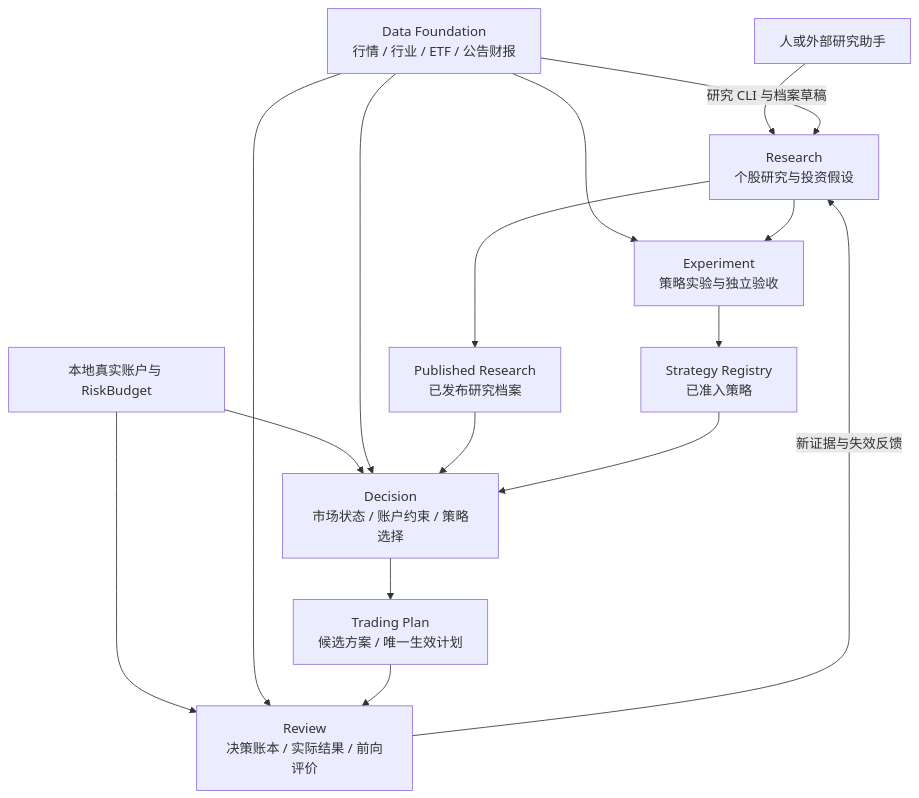
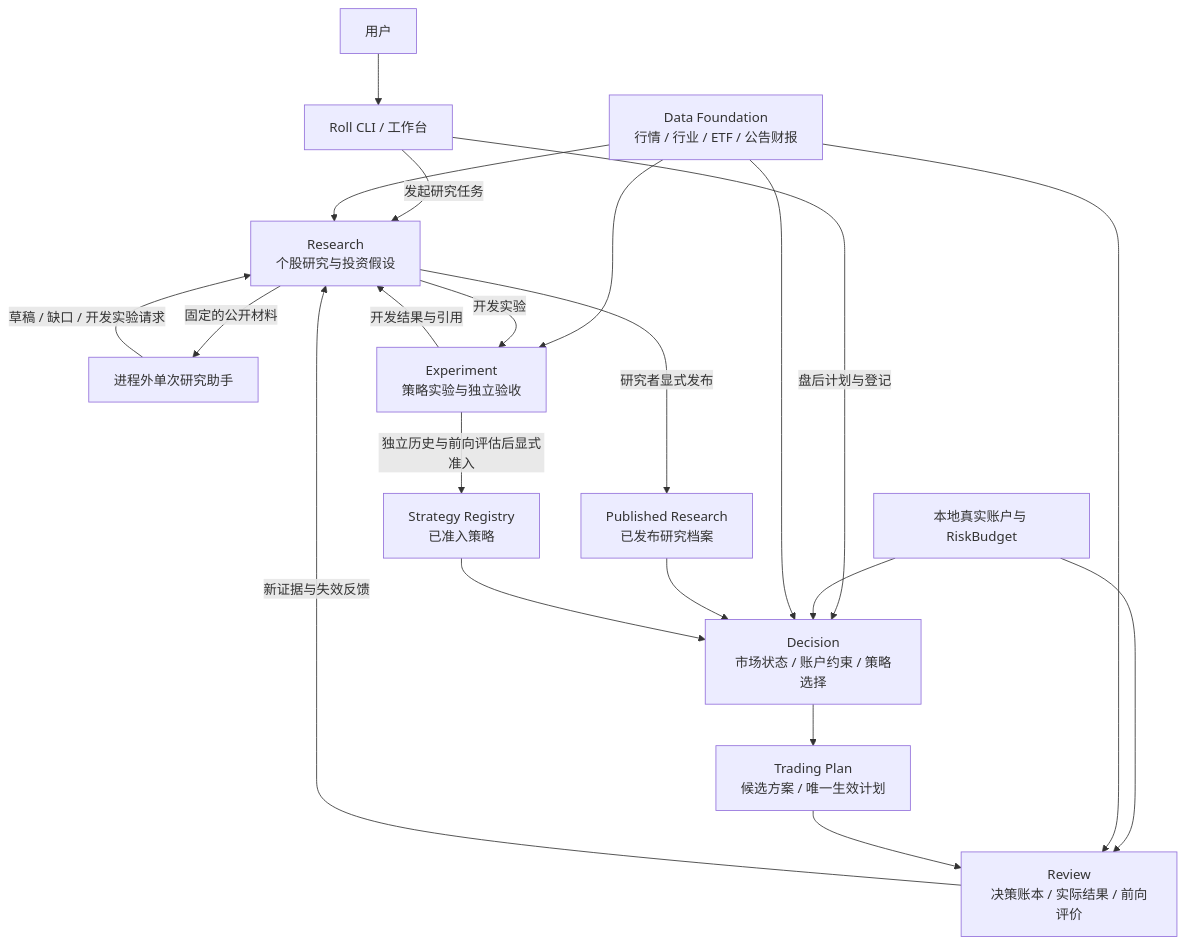
Before and after one commit to kongxiangcong/Roll: the diagram in docs/design/architecture/roll_v3_trading_pipeline_spec.md, drawn with Mermaid. The commit also changed other lines of this file and 20 other files, not shown here.

````diff
--- a/docs/design/architecture/roll_v3_trading_pipeline_spec.md
+++ b/docs/design/architecture/roll_v3_trading_pipeline_spec.md
@@ -69,28 +70,35 @@
 ```mermaid
 flowchart TD
     D[Data Foundation<br/>行情 / 行业 / ETF / 公告财报]
-    U[人或外部研究助手]
+    U[用户]
+    L[Roll CLI / 工作台]
+    H[进程外单次研究助手]
     C[本地真实账户与 RiskBudget]
     R[Research<br/>个股研究与投资假设]
     E[Experiment<br/>策略实验与独立验收]
     A[Published Research<br/>已发布研究档案]
     S[Strategy Registry<br/>已准入策略]
     X[Decision<br/>市场状态 / 账户约束 / 策略选择]
     P[Trading Plan<br/>候选方案 / 唯一生效计划]
     V[Review<br/>决策账本 / 实际结果 / 前向评价]
-    U -->|研究 CLI 与档案草稿| R
+    U --> L
+    L -->|发起研究任务| R
+    L -->|盘后计划与登记| X
+    R -->|固定的公开材料| H
+    H -->|草稿 / 缺口 / 开发实验请求| R
     C --> X
     C --> V
     D --> R
     D --> E
     D --> X
     D --> V
-    R --> E
-    R --> A
-    E --> S
+    R -->|开发实验| E
+    E -->|开发结果与引用| R
+    R -->|研究者显式发布| A
+    E -->|独立历史与前向评估后显式准入| S
     A --> X
     S --> X
     X --> P
     P --> V
     V -->|新证据与失效反馈| R
 ```
````
